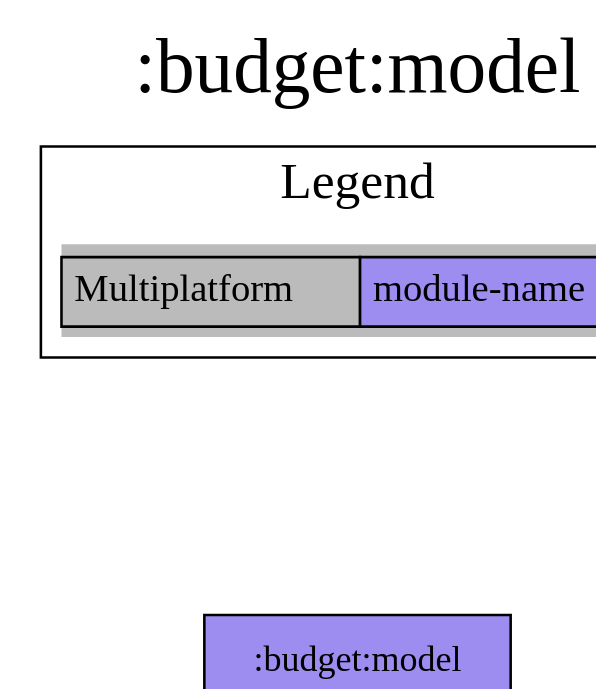
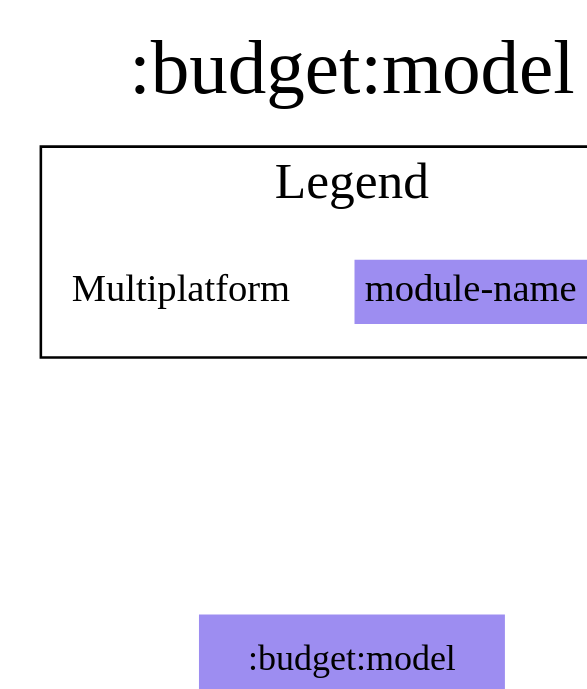
One commit to jonapoul/aktual changed the diagram in modules/budget/model/project-dependency-graph.dot. Above: the diagram before and after it, drawn with Graphviz. The commit also changed 117 other files, not shown here.

Commit message:
Reworked diagrams plugin a bit

```diff
--- a/modules/budget/model/project-dependency-graph.dot
+++ b/modules/budget/model/project-dependency-graph.dot
@@ -1,19 +1,19 @@
 digraph {
 edge ["dir"="forward"]
 graph ["dpi"="100","label"=":budget:model","labelloc"="t","fontsize"="30","ranksep"="1.5","rankdir"="TB"]
 node ["style"="filled"]
-":budget:model" ["fillcolor"="#9D8DF1","shape"="box"]
+":budget:model" ["fillcolor"="#9D8DF1","shape"="none"]
 {
 edge ["dir"="none"]
 graph ["rank"="same"]
 }
 subgraph "cluster_legend" {
 edge ["dir"="none"]
 graph ["label"="Legend","fontsize"="20"]
-"Legend" ["style"="filled","fillcolor"="#bbbbbb","shape"="none","margin"="0","fontsize"="15","label"=<
-<TABLE BORDER="0" CELLBORDER="1" CELLSPACING="0" CELLPADDING="4">
+"Legend" ["style"="filled","fillcolor"="#FFFFFF","shape"="none","margin"="0","fontsize"="15","label"=<
+<TABLE BORDER="0" CELLBORDER="0" CELLSPACING="0" CELLPADDING="4">
 <TR><TD>Multiplatform</TD><TD BGCOLOR="#9D8DF1">module-name</TD></TR>
 </TABLE>
 >]
 } -> ":budget:model" ["style"="invis"]
 }
```
